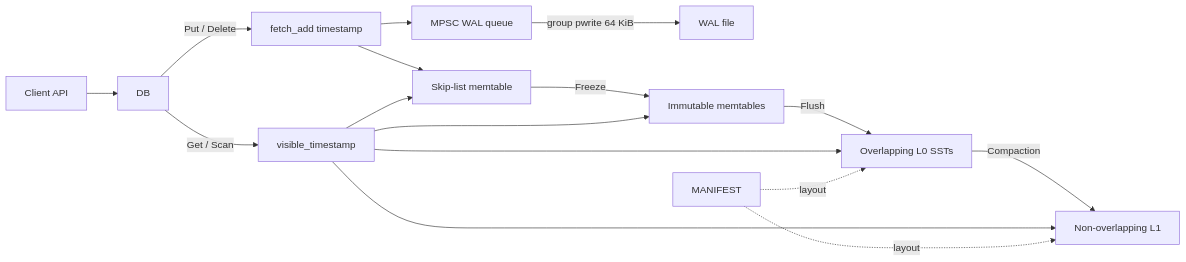
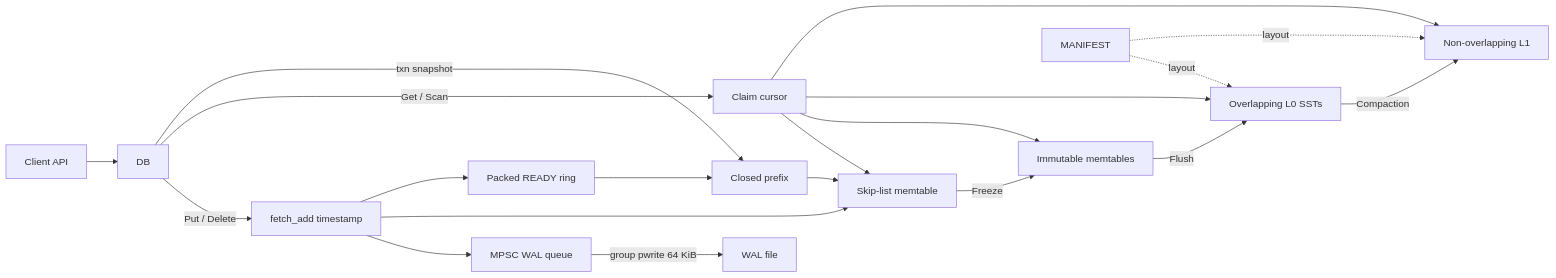
The diagram in docs/architecture.md (RohinJoshi1/HermesDB), drawn with Mermaid before and after one commit. The commit also changed other lines of this file and 6 other files, not shown here.

````diff
--- a/docs/architecture.md
+++ b/docs/architecture.md
@@ -9,18 +9,22 @@
 ```mermaid
 flowchart LR
   Client[Client API] --> DB[DB]
   DB -->|"Put / Delete"| TS[fetch_add timestamp]
   TS --> WALQ[MPSC WAL queue]
   TS --> Skip[Skip-list memtable]
   WALQ -->|group pwrite 64 KiB| WAL[WAL file]
+  TS --> WriteRing[Packed READY ring]
+  WriteRing --> Vis[Closed prefix]
   Skip -->|Freeze| Imm[Immutable memtables]
   Imm -->|Flush| L0[Overlapping L0 SSTs]
   L0 -->|Compaction| L1[Non-overlapping L1]
-  DB -->|"Get / Scan"| Vis[visible_timestamp]
+  DB -->|"Get / Scan"| Claim[Claim cursor]
+  Claim --> Skip
+  Claim --> Imm
+  Claim --> L0
+  Claim --> L1
+  DB -->|"txn snapshot"| Vis
   Vis --> Skip
-  Vis --> Imm
-  Vis --> L0
-  Vis --> L1
   Manifest[MANIFEST] -. layout .-> L0
   Manifest -. layout .-> L1
 ```
````
